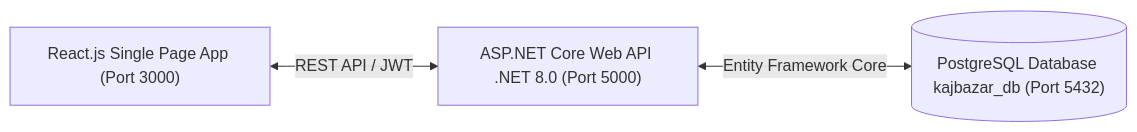
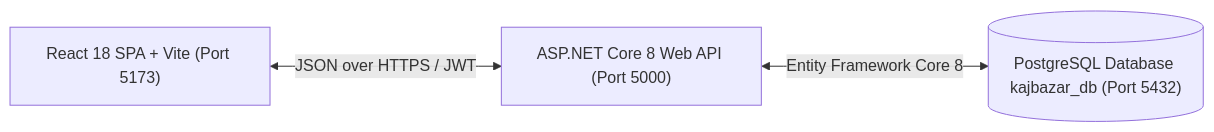
The diagram in README.md (arif-z04/KajBazar), drawn with Mermaid before and after one commit. The commit also changed other lines of this file and 92 other files, not shown here.

````diff
--- a/README.md
+++ b/README.md
@@ -27,5 +35,5 @@
 ```mermaid
 flowchart LR
-    Client["React.js Single Page App (Port 3000)"] <-->|REST API / JWT| API["ASP.NET Core Web API .NET 8.0 (Port 5000)"]
-    API <-->|Entity Framework Core| DB[("PostgreSQL Database kajbazar_db (Port 5432)")]
+    Client["React 18 SPA + Vite (Port 5173)"] <-->|JSON over HTTPS / JWT| API["ASP.NET Core 8 Web API (Port 5000)"]
+    API <-->|Entity Framework Core 8| DB[("PostgreSQL Database kajbazar_db (Port 5432)")]
 ```
````
